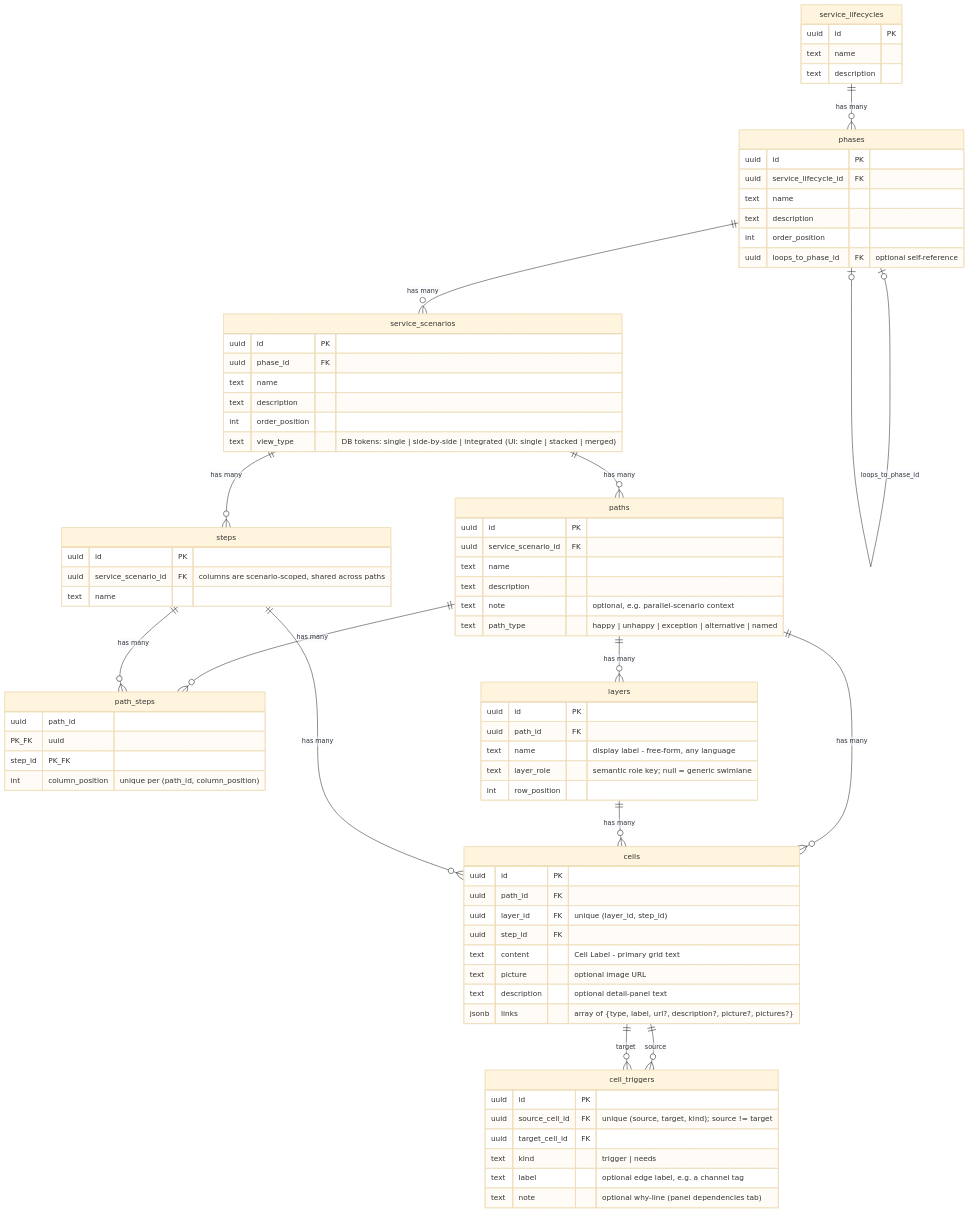
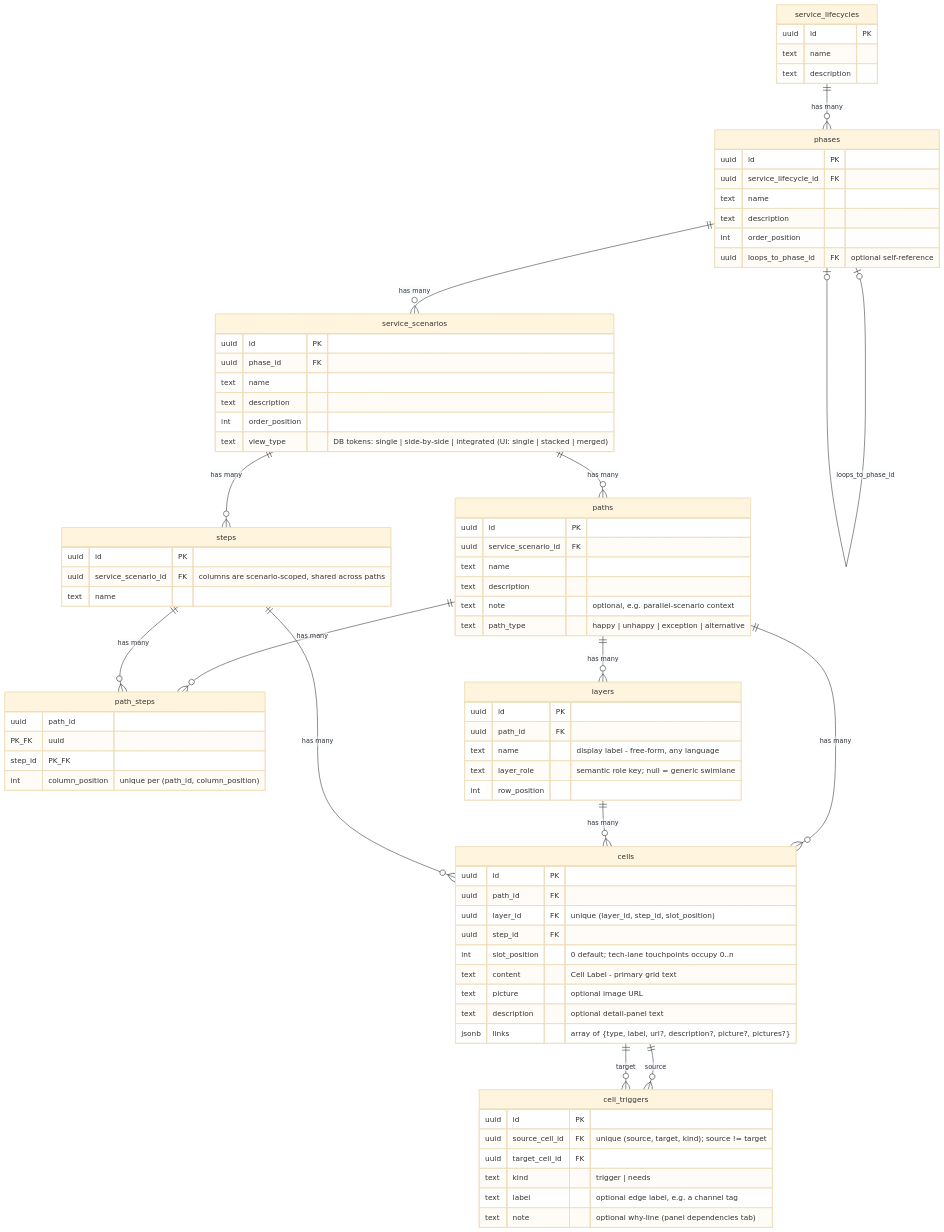
The diagram in references/data-model.md (BilLogic/agentic-service-blueprinting), drawn with Mermaid (base theme) before and after one commit. The commit also changed other lines of this file and 1 other file, not shown here.

First line of the commit message:
docs(data-model): drop phantom 'named' path_type, list all 8 migrations, first-class slot_position + deleted_structure

````diff
--- a/references/data-model.md
+++ b/references/data-model.md
@@ -37,26 +46,26 @@
 ```mermaid
 erDiagram
   service_lifecycles ||--o{ phases : "has many"
   phases ||--o{ service_scenarios : "has many"
   phases |o--o| phases : "loops_to_phase_id"
   service_scenarios ||--o{ paths : "has many"
   service_scenarios ||--o{ steps : "has many"
   paths ||--o{ path_steps : "has many"
   steps ||--o{ path_steps : "has many"
   paths ||--o{ layers : "has many"
   paths ||--o{ cells : "has many"
   layers ||--o{ cells : "has many"
   steps ||--o{ cells : "has many"
   cells ||--o{ cell_triggers : "source"
   cells ||--o{ cell_triggers : "target"
 
   service_lifecycles { uuid id PK  text name  text description }
   phases { uuid id PK  uuid service_lifecycle_id FK  text name  text description  int order_position  uuid loops_to_phase_id FK "optional self-reference" }
   service_scenarios { uuid id PK  uuid phase_id FK  text name  text description  int order_position  text view_type "DB tokens: single | side-by-side | integrated (UI: single | stacked | merged)" }
-  paths { uuid id PK  uuid service_scenario_id FK  text name  text description  text note "optional, e.g. parallel-scenario context"  text path_type "happy | unhappy | exception | alternative | named" }
+  paths { uuid id PK  uuid service_scenario_id FK  text name  text description  text note "optional, e.g. parallel-scenario context"  text path_type "happy | unhappy | exception | alternative" }
   steps { uuid id PK  uuid service_scenario_id FK "columns are scenario-scoped, shared across paths"  text name }
   path_steps { uuid path_id PK_FK  uuid step_id PK_FK  int column_position "unique per (path_id, column_position)" }
   layers { uuid id PK  uuid path_id FK  text name "display label - free-form, any language"  text layer_role "semantic role key; null = generic swimlane"  int row_position }
-  cells { uuid id PK  uuid path_id FK  uuid layer_id FK "unique (layer_id, step_id)"  uuid step_id FK  text content "Cell Label - primary grid text"  text picture "optional image URL"  text description "optional detail-panel text"  jsonb links "array of {type, label, url?, description?, picture?, pictures?}" }
+  cells { uuid id PK  uuid path_id FK  uuid layer_id FK "unique (layer_id, step_id, slot_position)"  uuid step_id FK  int slot_position "0 default; tech-lane touchpoints occupy 0..n"  text content "Cell Label - primary grid text"  text picture "optional image URL"  text description "optional detail-panel text"  jsonb links "array of {type, label, url?, description?, picture?, pictures?}" }
   cell_triggers { uuid id PK  uuid source_cell_id FK "unique (source, target, kind); source != target"  uuid target_cell_id FK  text kind "trigger | needs"  text label "optional edge label, e.g. a channel tag"  text note "optional why-line (panel dependencies tab)" }
 ```
````
